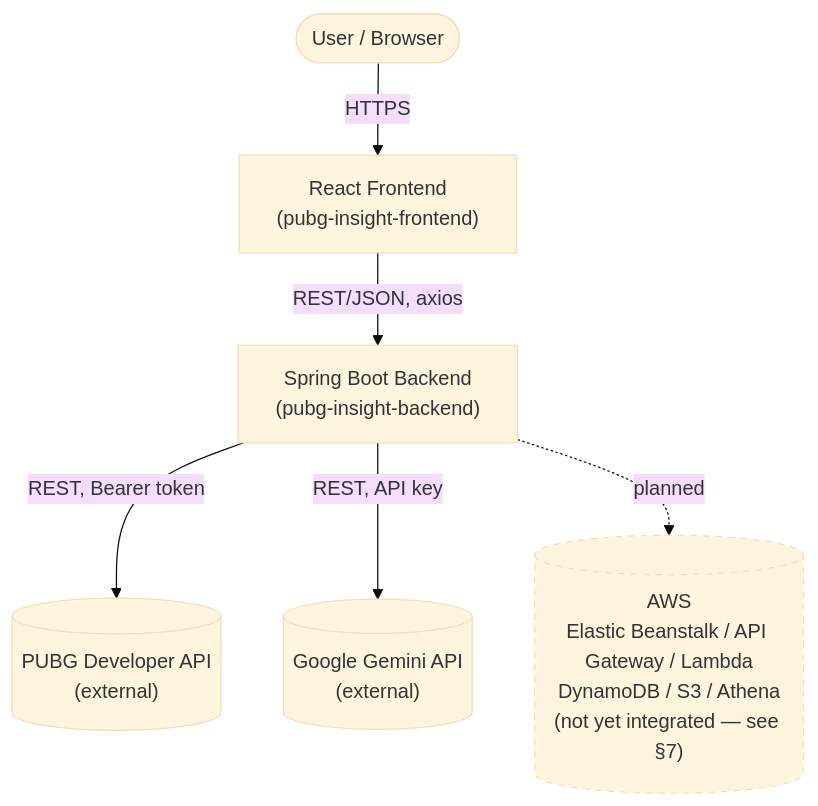
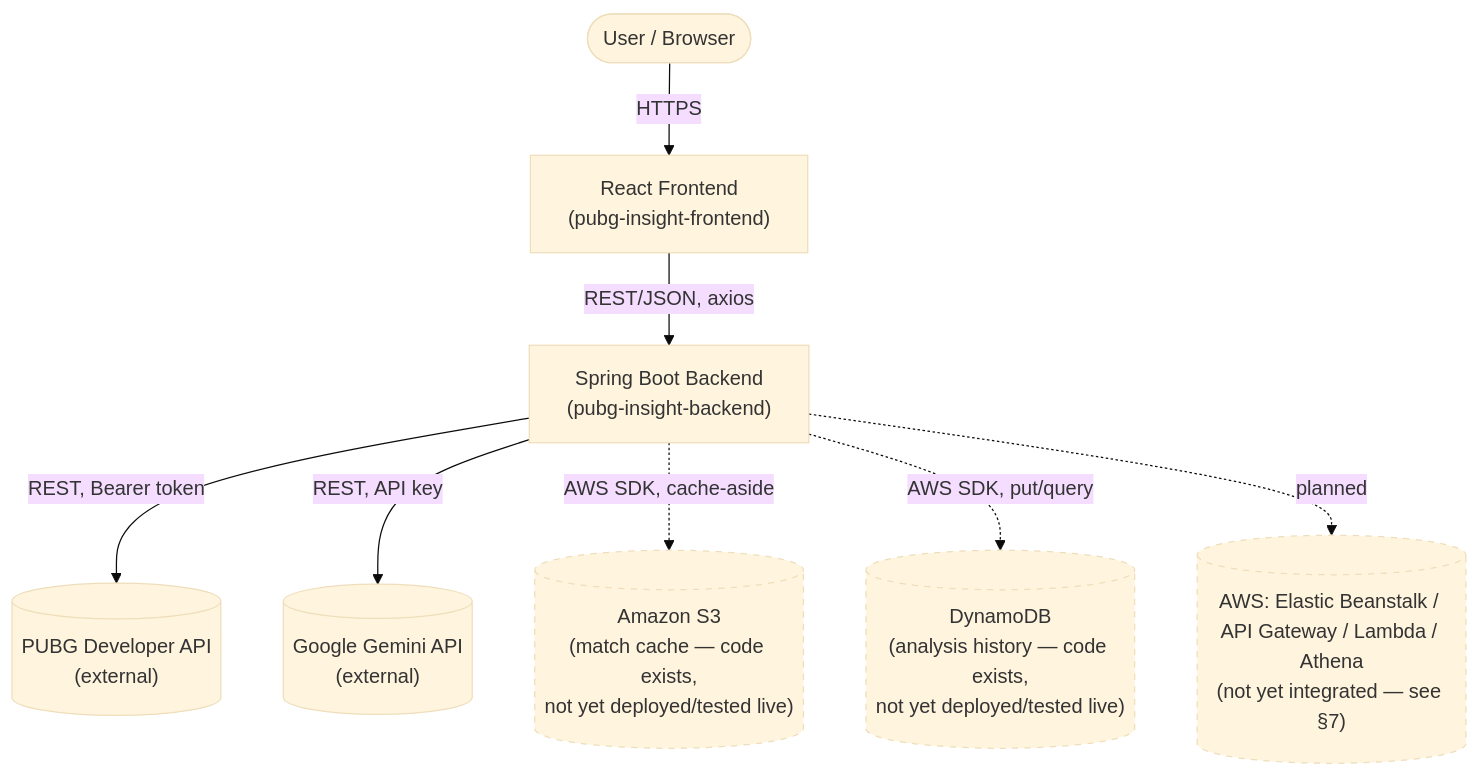
Before and after one commit to lucietran03/pubg-insight-backend: the first of 14 diagrams in docs/ARCHITECTURE.md, drawn with Mermaid (base theme). The commit also changed other lines of this file and 23 other files, not shown here.

First line of the commit message:
feat: add DynamoDB Analysis History + S3 match caching (code only)

````diff
--- a/docs/ARCHITECTURE.md
+++ b/docs/ARCHITECTURE.md
@@ -17,17 +17,23 @@
 ```mermaid
 flowchart TB
     User(["User / Browser"])
     FE["React Frontend\n(pubg-insight-frontend)"]
     BE["Spring Boot Backend\n(pubg-insight-backend)"]
     PUBG[("PUBG Developer API\n(external)")]
     Gemini[("Google Gemini API\n(external)")]
-    AWS[("AWS\nElastic Beanstalk / API Gateway / Lambda\nDynamoDB / S3 / Athena\n(not yet integrated — see §7)")]
+    S3[("Amazon S3\n(match cache — code exists,\nnot yet deployed/tested live)")]
+    DDB[("DynamoDB\n(analysis history — code exists,\nnot yet deployed/tested live)")]
+    AWS[("AWS: Elastic Beanstalk / API Gateway / Lambda / Athena\n(not yet integrated — see §7)")]
 
     User -->|HTTPS| FE
     FE -->|REST/JSON, axios| BE
     BE -->|REST, Bearer token| PUBG
     BE -->|REST, API key| Gemini
+    BE -.->|AWS SDK, cache-aside| S3
+    BE -.->|AWS SDK, put/query| DDB
     BE -.->|planned| AWS
 
+    style S3 stroke-dasharray: 5 5
+    style DDB stroke-dasharray: 5 5
     style AWS stroke-dasharray: 5 5
 ```
````
